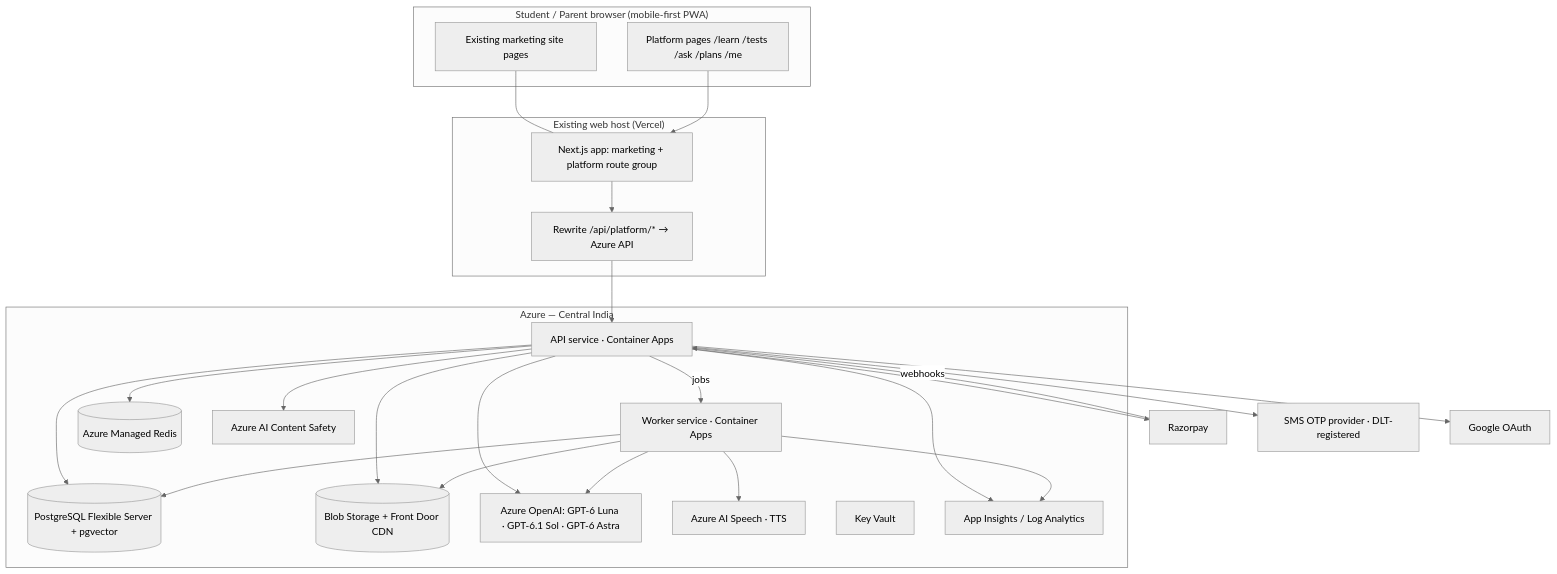
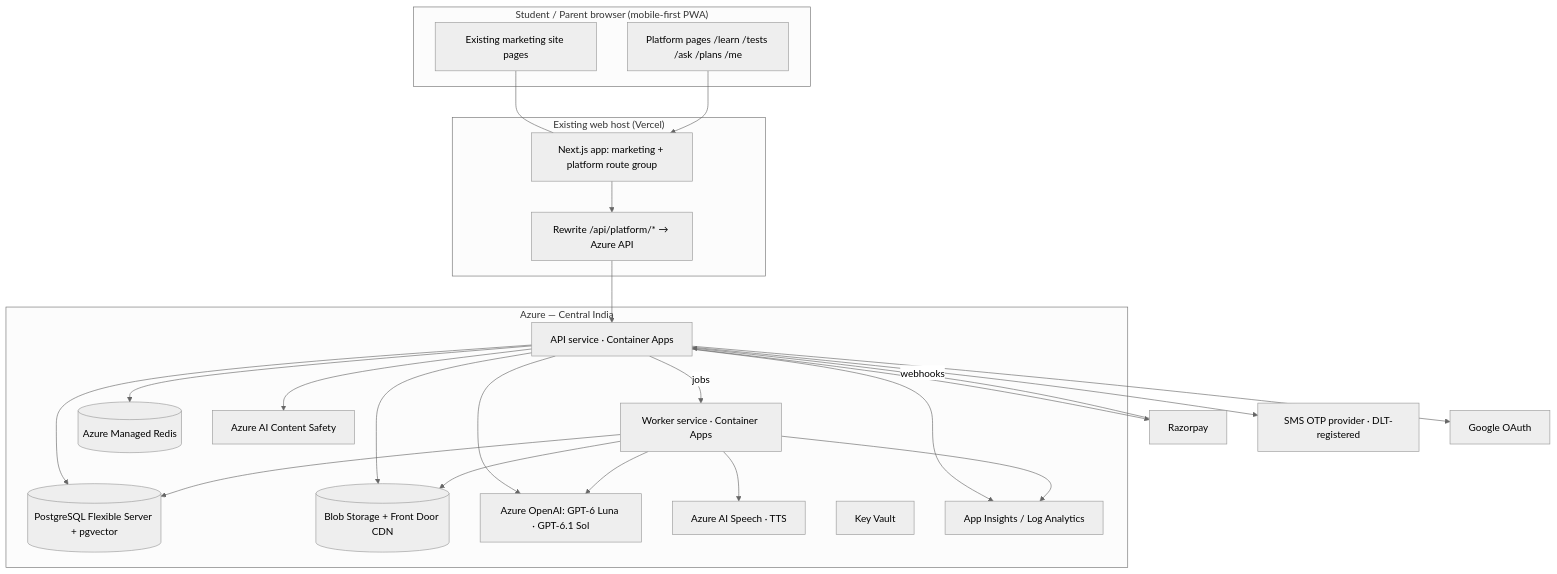
One commit to SOYL-AI/soyl-academy-web changed the diagram in docs/platform/ARCHITECTURE.md. Above: the diagram before and after it, drawn with Mermaid (neutral theme). The commit also changed other lines of this file and 9 other files, not shown here.

First line of the commit message:
feat(platform-ai): two models only — GPT-6 Luna (small) and GPT-6.1 Sol (mid + pipeline verify pass); no Astra (D-033)

````diff
--- a/docs/platform/ARCHITECTURE.md
+++ b/docs/platform/ARCHITECTURE.md
@@ -26,37 +26,37 @@
 ```mermaid
 flowchart TB
   subgraph Client["Student / Parent browser (mobile-first PWA)"]
     W[Existing marketing site pages]
     P["Platform pages /learn /tests /ask /plans /me"]
   end
   subgraph Web["Existing web host (Vercel)"]
     N[Next.js app: marketing + platform route group]
     RW["Rewrite /api/platform/* → Azure API"]
   end
   subgraph Azure["Azure — Central India"]
     API[API service · Container Apps]
     WK[Worker service · Container Apps]
     PG[(PostgreSQL Flexible Server + pgvector)]
     RD[(Azure Managed Redis)]
     BL[(Blob Storage + Front Door CDN)]
-    AOAI[Azure OpenAI: GPT-6 Luna · GPT-6.1 Sol · GPT-6 Astra]
+    AOAI[Azure OpenAI: GPT-6 Luna · GPT-6.1 Sol]
     SP[Azure AI Speech · TTS]
     CS[Azure AI Content Safety]
     KV[Key Vault]
     MON[App Insights / Log Analytics]
   end
   RZP[Razorpay]
   OTP[SMS OTP provider · DLT-registered]
   G[Google OAuth]
 
   W --- N
   P --> N --> RW --> API
   API --> PG & RD & BL
   API --> AOAI & CS
   API --> RZP
   RZP -- webhooks --> API
   API --> OTP & G
   API -- jobs --> WK
   WK --> PG & BL & AOAI & SP
   API & WK --> MON
 ```
````
